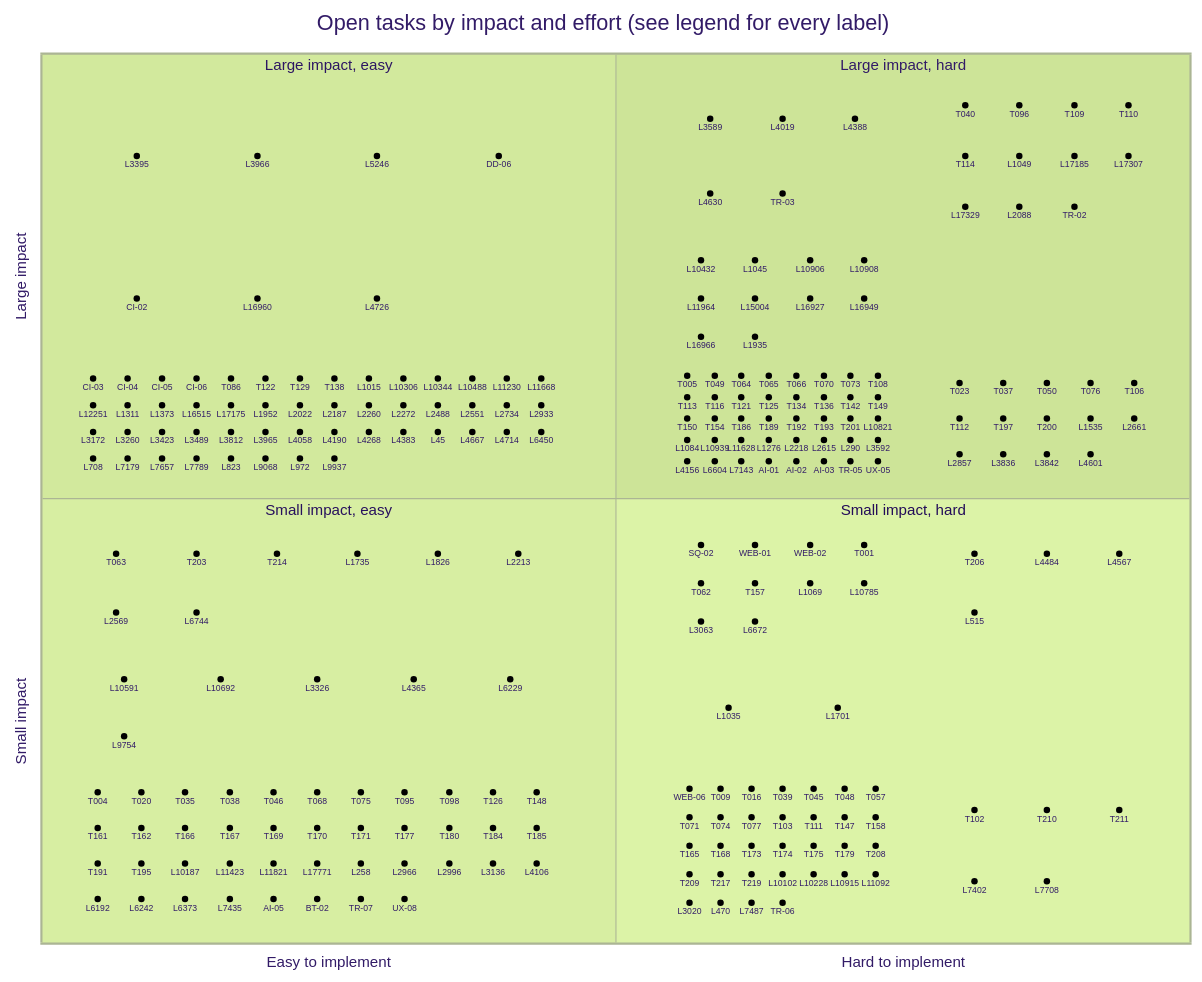
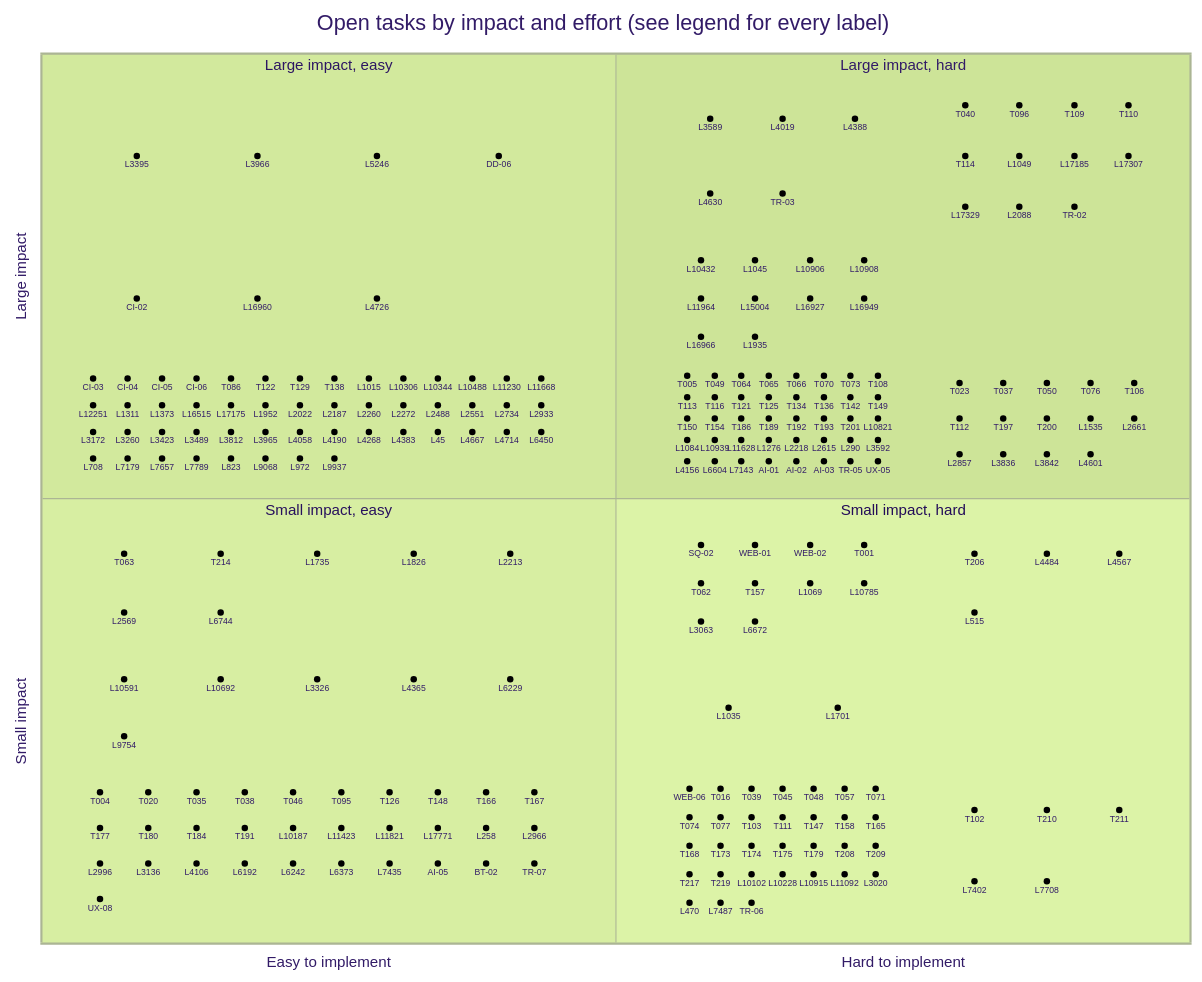
One commit to falkcorp/audiobook-organizer changed the diagram in docs/agent-tasks/todo-completion-2026-09/QUADRANT.md. Above: the diagram before and after it, drawn with Mermaid (forest theme). The commit also changed other lines of this file and 3 other files, not shown here.

```diff
--- a/docs/agent-tasks/todo-completion-2026-09/QUADRANT.md
+++ b/docs/agent-tasks/todo-completion-2026-09/QUADRANT.md
@@ -177,14 +177,13 @@
     SQ-02: [0.574, 0.448]
     WEB-01: [0.621, 0.448]
     WEB-02: [0.669, 0.448]
-    T063: [0.065, 0.438]
-    T203: [0.135, 0.438]
-    T214: [0.205, 0.438]
-    L1735: [0.275, 0.438]
-    L1826: [0.345, 0.438]
-    L2213: [0.415, 0.438]
-    L2569: [0.065, 0.372]
-    L6744: [0.135, 0.372]
+    T063: [0.072, 0.438]
+    T214: [0.156, 0.438]
+    L1735: [0.24, 0.438]
+    L1826: [0.324, 0.438]
+    L2213: [0.408, 0.438]
+    L2569: [0.072, 0.372]
+    L6744: [0.156, 0.372]
     T001: [0.716, 0.448]
     T062: [0.574, 0.405]
     T157: [0.621, 0.405]
@@ -205,78 +204,67 @@
     L1035: [0.598, 0.265]
     L1701: [0.693, 0.265]
     WEB-06: [0.564, 0.174]
-    T004: [0.049, 0.17]
-    T020: [0.087, 0.17]
-    T035: [0.125, 0.17]
-    T038: [0.164, 0.17]
-    T046: [0.202, 0.17]
-    T068: [0.24, 0.17]
-    T075: [0.278, 0.17]
-    T095: [0.316, 0.17]
-    T098: [0.355, 0.17]
-    T126: [0.393, 0.17]
-    T148: [0.431, 0.17]
-    T161: [0.049, 0.13]
-    T162: [0.087, 0.13]
-    T166: [0.125, 0.13]
-    T167: [0.164, 0.13]
-    T169: [0.202, 0.13]
-    T170: [0.24, 0.13]
-    T171: [0.278, 0.13]
-    T177: [0.316, 0.13]
-    T180: [0.355, 0.13]
-    T184: [0.393, 0.13]
-    T185: [0.431, 0.13]
-    T191: [0.049, 0.09]
-    T195: [0.087, 0.09]
-    L10187: [0.125, 0.09]
-    L11423: [0.164, 0.09]
-    L11821: [0.202, 0.09]
-    L17771: [0.24, 0.09]
-    L258: [0.278, 0.09]
-    L2966: [0.316, 0.09]
-    L2996: [0.355, 0.09]
-    L3136: [0.393, 0.09]
-    L4106: [0.431, 0.09]
-    L6192: [0.049, 0.05]
-    L6242: [0.087, 0.05]
-    L6373: [0.125, 0.05]
-    L7435: [0.164, 0.05]
-    AI-05: [0.202, 0.05]
-    BT-02: [0.24, 0.05]
-    TR-07: [0.278, 0.05]
-    UX-08: [0.316, 0.05]
-    T009: [0.591, 0.174]
-    T016: [0.618, 0.174]
-    T039: [0.645, 0.174]
-    T045: [0.672, 0.174]
-    T048: [0.699, 0.174]
-    T057: [0.726, 0.174]
-    T071: [0.564, 0.142]
-    T074: [0.591, 0.142]
-    T077: [0.618, 0.142]
-    T103: [0.645, 0.142]
-    T111: [0.672, 0.142]
-    T147: [0.699, 0.142]
-    T158: [0.726, 0.142]
-    T165: [0.564, 0.11]
-    T168: [0.591, 0.11]
-    T173: [0.618, 0.11]
-    T174: [0.645, 0.11]
-    T175: [0.672, 0.11]
-    T179: [0.699, 0.11]
-    T208: [0.726, 0.11]
-    T209: [0.564, 0.078]
-    T217: [0.591, 0.078]
-    T219: [0.618, 0.078]
-    L10102: [0.645, 0.078]
-    L10228: [0.672, 0.078]
-    L10915: [0.699, 0.078]
-    L11092: [0.726, 0.078]
-    L3020: [0.564, 0.046]
-    L470: [0.591, 0.046]
-    L7487: [0.618, 0.046]
-    TR-06: [0.645, 0.046]
+    T004: [0.051, 0.17]
+    T020: [0.093, 0.17]
+    T035: [0.135, 0.17]
+    T038: [0.177, 0.17]
+    T046: [0.219, 0.17]
+    T095: [0.261, 0.17]
+    T126: [0.303, 0.17]
+    T148: [0.345, 0.17]
+    T166: [0.387, 0.17]
+    T167: [0.429, 0.17]
+    T177: [0.051, 0.13]
+    T180: [0.093, 0.13]
+    T184: [0.135, 0.13]
+    T191: [0.177, 0.13]
+    L10187: [0.219, 0.13]
+    L11423: [0.261, 0.13]
+    L11821: [0.303, 0.13]
+    L17771: [0.345, 0.13]
+    L258: [0.387, 0.13]
+    L2966: [0.429, 0.13]
+    L2996: [0.051, 0.09]
+    L3136: [0.093, 0.09]
+    L4106: [0.135, 0.09]
+    L6192: [0.177, 0.09]
+    L6242: [0.219, 0.09]
+    L6373: [0.261, 0.09]
+    L7435: [0.303, 0.09]
+    AI-05: [0.345, 0.09]
+    BT-02: [0.387, 0.09]
+    TR-07: [0.429, 0.09]
+    UX-08: [0.051, 0.05]
+    T016: [0.591, 0.174]
+    T039: [0.618, 0.174]
+    T045: [0.645, 0.174]
+    T048: [0.672, 0.174]
+    T057: [0.699, 0.174]
+    T071: [0.726, 0.174]
+    T074: [0.564, 0.142]
+    T077: [0.591, 0.142]
+    T103: [0.618, 0.142]
+    T111: [0.645, 0.142]
+    T147: [0.672, 0.142]
+    T158: [0.699, 0.142]
+    T165: [0.726, 0.142]
+    T168: [0.564, 0.11]
+    T173: [0.591, 0.11]
+    T174: [0.618, 0.11]
+    T175: [0.645, 0.11]
+    T179: [0.672, 0.11]
+    T208: [0.699, 0.11]
+    T209: [0.726, 0.11]
+    T217: [0.564, 0.078]
+    T219: [0.591, 0.078]
+    L10102: [0.618, 0.078]
+    L10228: [0.645, 0.078]
+    L10915: [0.672, 0.078]
+    L11092: [0.699, 0.078]
+    L3020: [0.726, 0.078]
+    L470: [0.564, 0.046]
+    L7487: [0.591, 0.046]
+    TR-06: [0.618, 0.046]
     T102: [0.812, 0.15]
     T210: [0.875, 0.15]
     T211: [0.938, 0.15]
```
